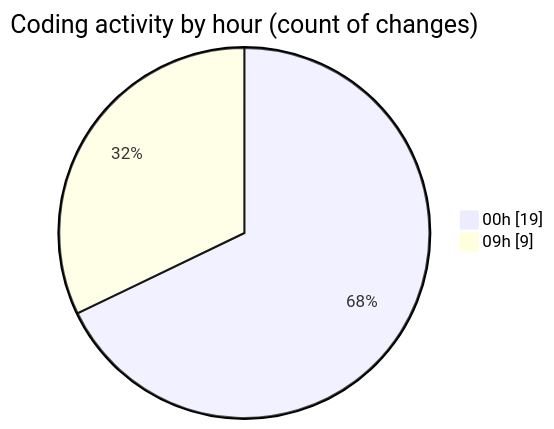
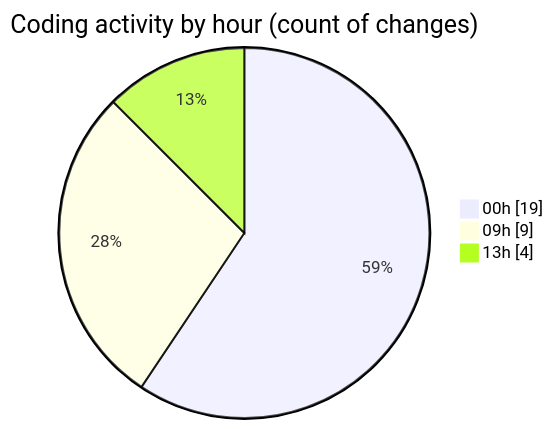
The second of 2 diagrams in 2025-08-12/ribbon/README.md (EIIisD/code-tracking), drawn with Mermaid before and after one commit. The commit also changed other lines of this file and 1 other file, not shown here.

````diff
--- a/2025-08-12/ribbon/README.md
+++ b/2025-08-12/ribbon/README.md
@@ -45,6 +47,7 @@
 ```mermaid
 pie showData
 title Coding activity by hour (count of changes)
 "00h" : 19
 "09h" : 9
+"13h" : 4
 ```
````
